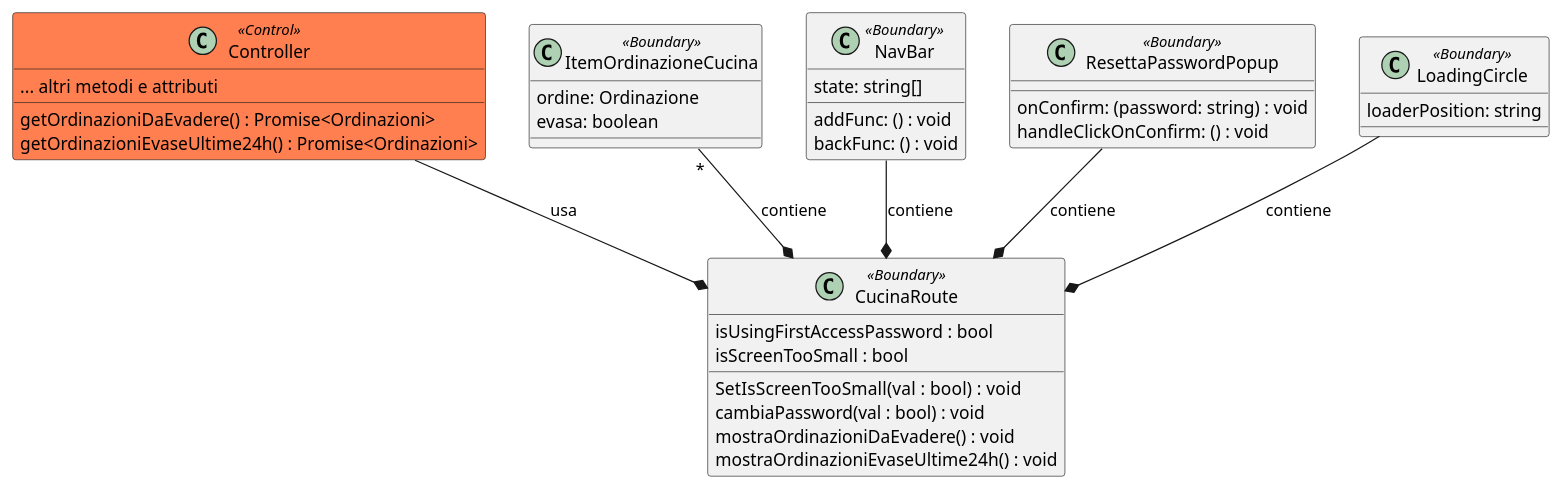
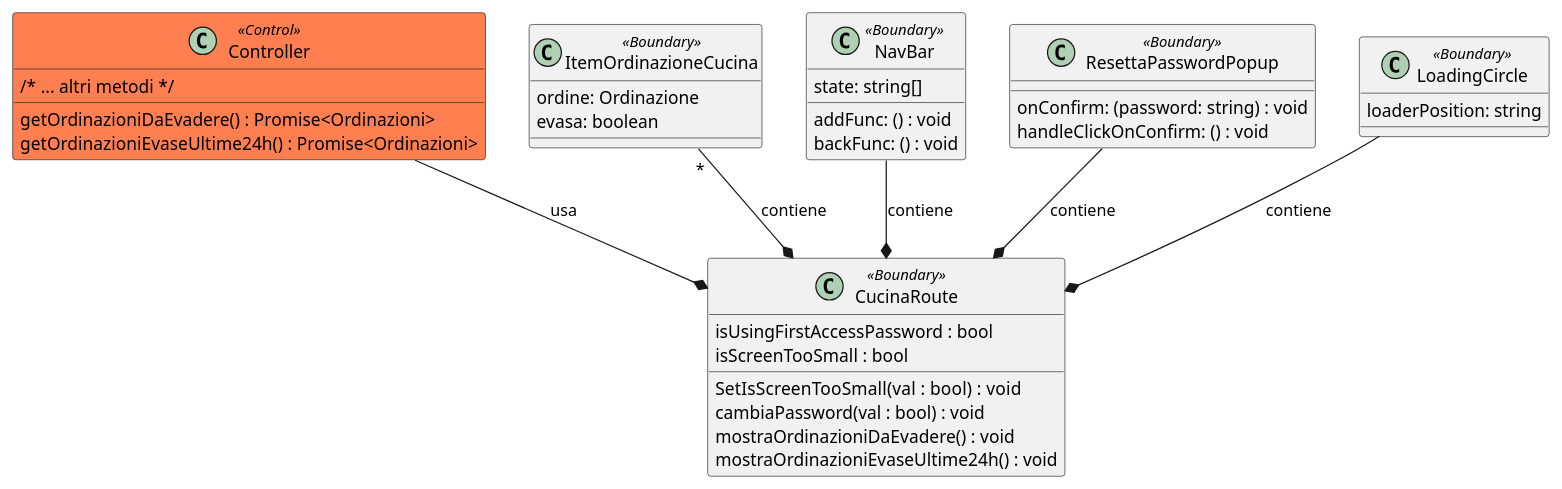
One commit to macro21KGB/Esame-INGSW-22-23 changed the diagram in diagrams/PUML/routes/CucinaRoute.puml. Above: the diagram before and after it, drawn with PlantUML. The commit also changed 9 other files, not shown here.

```diff
--- a/diagrams/PUML/routes/CucinaRoute.puml
+++ b/diagrams/PUML/routes/CucinaRoute.puml
@@ -1,53 +1,53 @@
 @startuml
 class CucinaRoute <<Boundary>>{
 isUsingFirstAccessPassword : bool
 isScreenTooSmall : bool
 SetIsScreenTooSmall(val : bool)  : void
 cambiaPassword(val : bool) : void
 mostraOrdinazioniDaEvadere() : void
 mostraOrdinazioniEvaseUltime24h() : void
 }
 
 class Controller <<Control>> #coral{
-... altri metodi e attributi
+/* ... altri metodi */
 getOrdinazioniDaEvadere() : Promise<Ordinazioni>
 getOrdinazioniEvaseUltime24h() : Promise<Ordinazioni>
 
 
 }
 
 class ItemOrdinazioneCucina <<Boundary>> {
 
     ordine: Ordinazione
     evasa: boolean
 
 }
 
 
 class NavBar <<Boundary>> {
 
 	addFunc: () : void
 	backFunc: () : void
 	state: string[]
 }
 
 class ResettaPasswordPopup <<Boundary>> {
 
     onConfirm: (password: string) : void
     handleClickOnConfirm: () : void
 
 }
 class LoadingCircle <<Boundary>> {
 
 	loaderPosition: string
 
 }
 
 NavBar --* CucinaRoute : contiene
 LoadingCircle --* CucinaRoute : contiene
 ResettaPasswordPopup --* CucinaRoute : contiene
 ItemOrdinazioneCucina "*"--* CucinaRoute : contiene
 
 
 Controller --* CucinaRoute : usa
 @enduml
```
